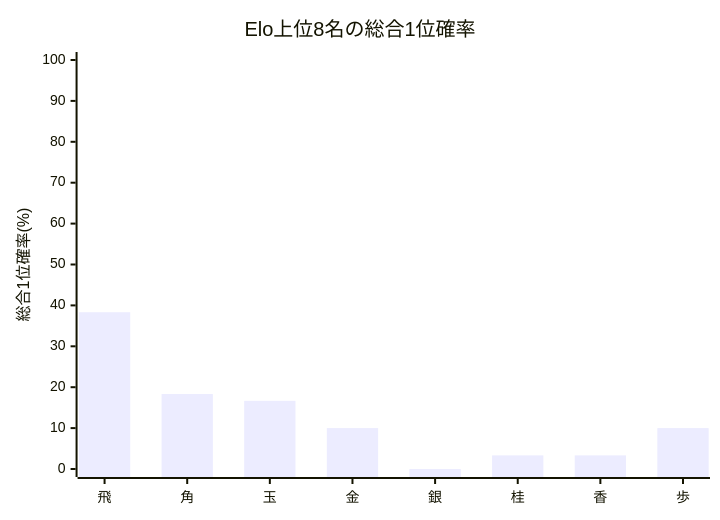
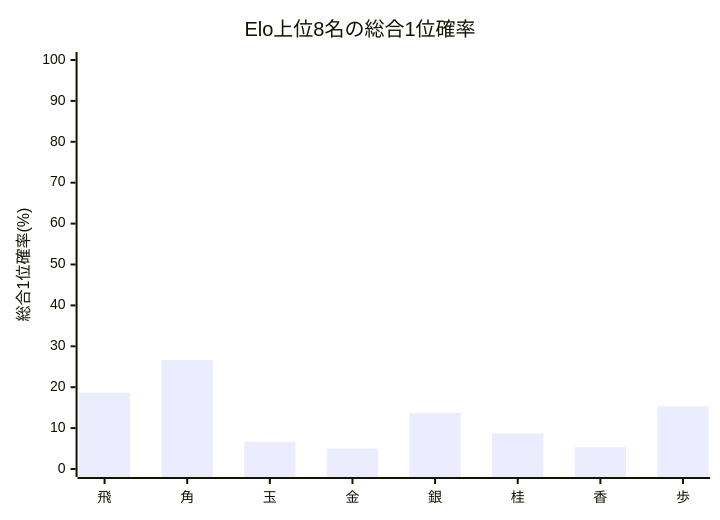
Before and after one commit to muzudho/ShogiTournamentSystemAnalyzer: the second of 2 diagrams in Output/TournamentQualityEvaluator/TournamentQualityReport/Summary/[先手8x後手8]_[Neutral_Single10_STSAInput4_smoke]_quality_summary.md, drawn with Mermaid. The commit also changed other lines of this file and 21 other files, not shown here.

````diff
--- a/Output/TournamentQualityEvaluator/TournamentQualityReport/Summary/[先手8x後手8]_[Neutral_Single10_STSAInput4_smoke]_quality_summary.md
+++ b/Output/TournamentQualityEvaluator/TournamentQualityReport/Summary/[先手8x後手8]_[Neutral_Single10_STSAInput4_smoke]_quality_summary.md
@@ -51,7 +51,7 @@
 ```mermaid
 xychart-beta
     title "Elo上位8名の総合1位確率"
     x-axis ["飛", "角", "玉", "金", "銀", "桂", "香", "歩"]
     y-axis "総合1位確率(%)" 0 --> 100
-    bar [38.33, 18.33, 16.67, 10.00, 0.00, 3.33, 3.33, 10.00]
+    bar [18.67, 26.67, 6.67, 5.00, 13.67, 8.67, 5.33, 15.33]
 ```
````
